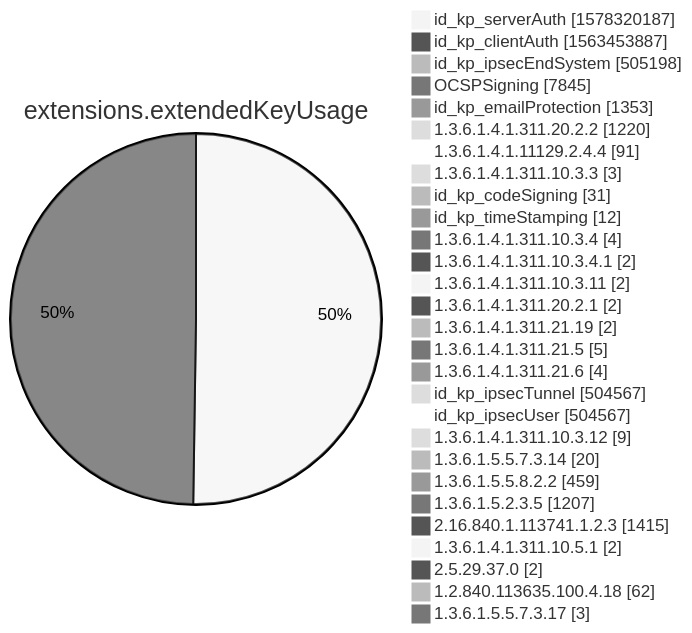
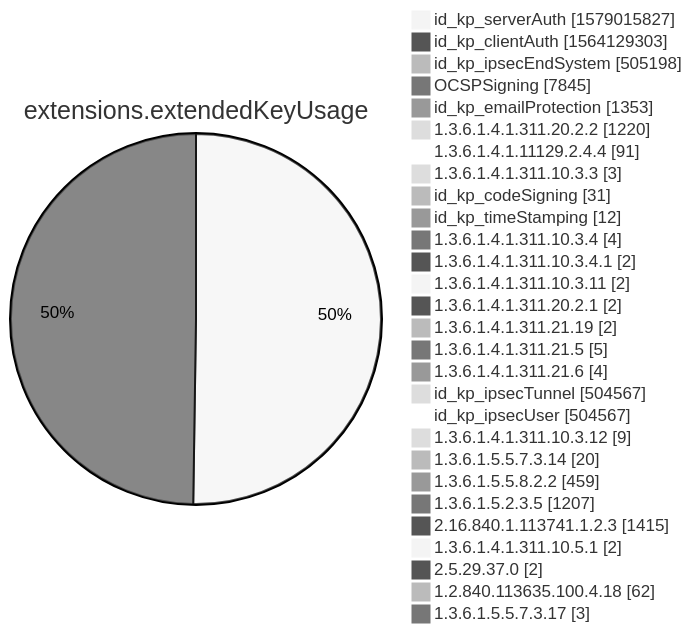
One commit to christiankrug/ctmonitor_visualization changed diagram 12 of 15 in xenon2022/README.md. Above: the diagram before and after it, drawn with Mermaid (neutral theme). The commit also changed other lines of this file, not shown here.

````diff
--- a/xenon2022/README.md
+++ b/xenon2022/README.md
@@ -3884,32 +3884,32 @@
 ```mermaid
 pie showData
 title extensions.extendedKeyUsage
-"id_kp_serverAuth" :1578320187
-"id_kp_clientAuth" :1563453887
+"id_kp_serverAuth" :1579015827
+"id_kp_clientAuth" :1564129303
 "id_kp_ipsecEndSystem" :505198
 "OCSPSigning" :7845
 "id_kp_emailProtection" :1353
 "1.3.6.1.4.1.311.20.2.2" :1220
 "1.3.6.1.4.1.11129.2.4.4" :91
 "1.3.6.1.4.1.311.10.3.3" :3
 "id_kp_codeSigning" :31
 "id_kp_timeStamping" :12
 "1.3.6.1.4.1.311.10.3.4" :4
 "1.3.6.1.4.1.311.10.3.4.1" :2
 "1.3.6.1.4.1.311.10.3.11" :2
 "1.3.6.1.4.1.311.20.2.1" :2
 "1.3.6.1.4.1.311.21.19" :2
 "1.3.6.1.4.1.311.21.5" :5
 "1.3.6.1.4.1.311.21.6" :4
 "id_kp_ipsecTunnel" :504567
 "id_kp_ipsecUser" :504567
 "1.3.6.1.4.1.311.10.3.12" :9
 "1.3.6.1.5.5.7.3.14" :20
 "1.3.6.1.5.5.8.2.2" :459
 "1.3.6.1.5.2.3.5" :1207
 "2.16.840.1.113741.1.2.3" :1415
 "1.3.6.1.4.1.311.10.5.1" :2
 "2.5.29.37.0" :2
 "1.2.840.113635.100.4.18" :62
 "1.3.6.1.5.5.7.3.17" :3
 ```
````
